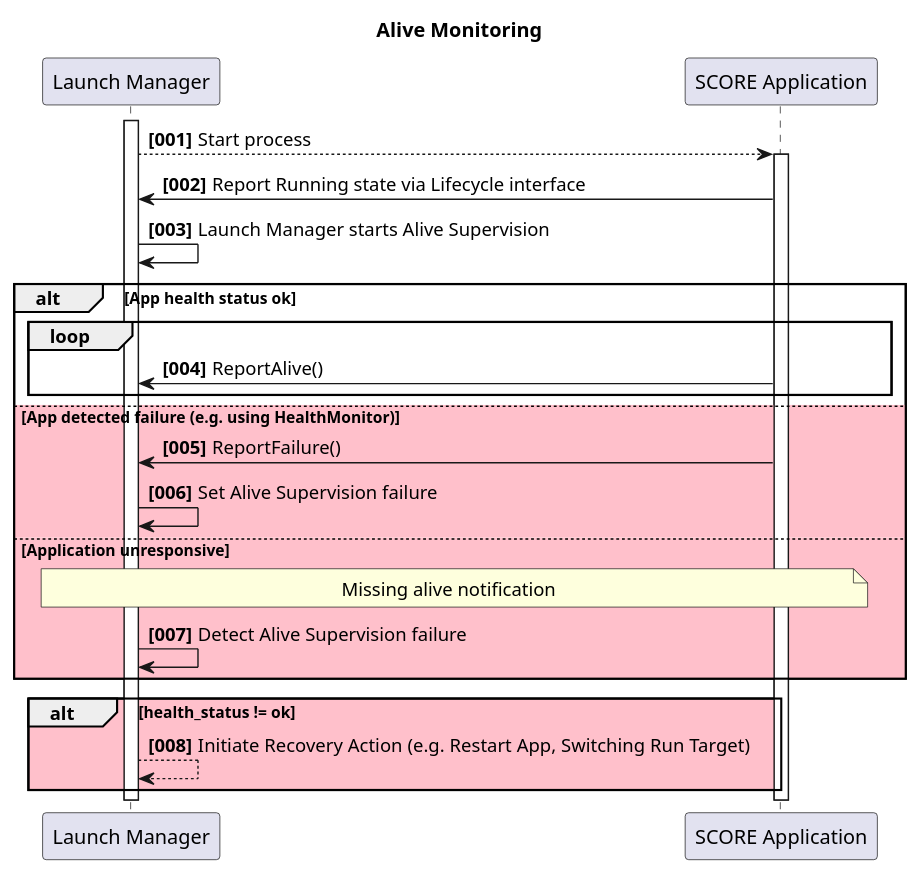
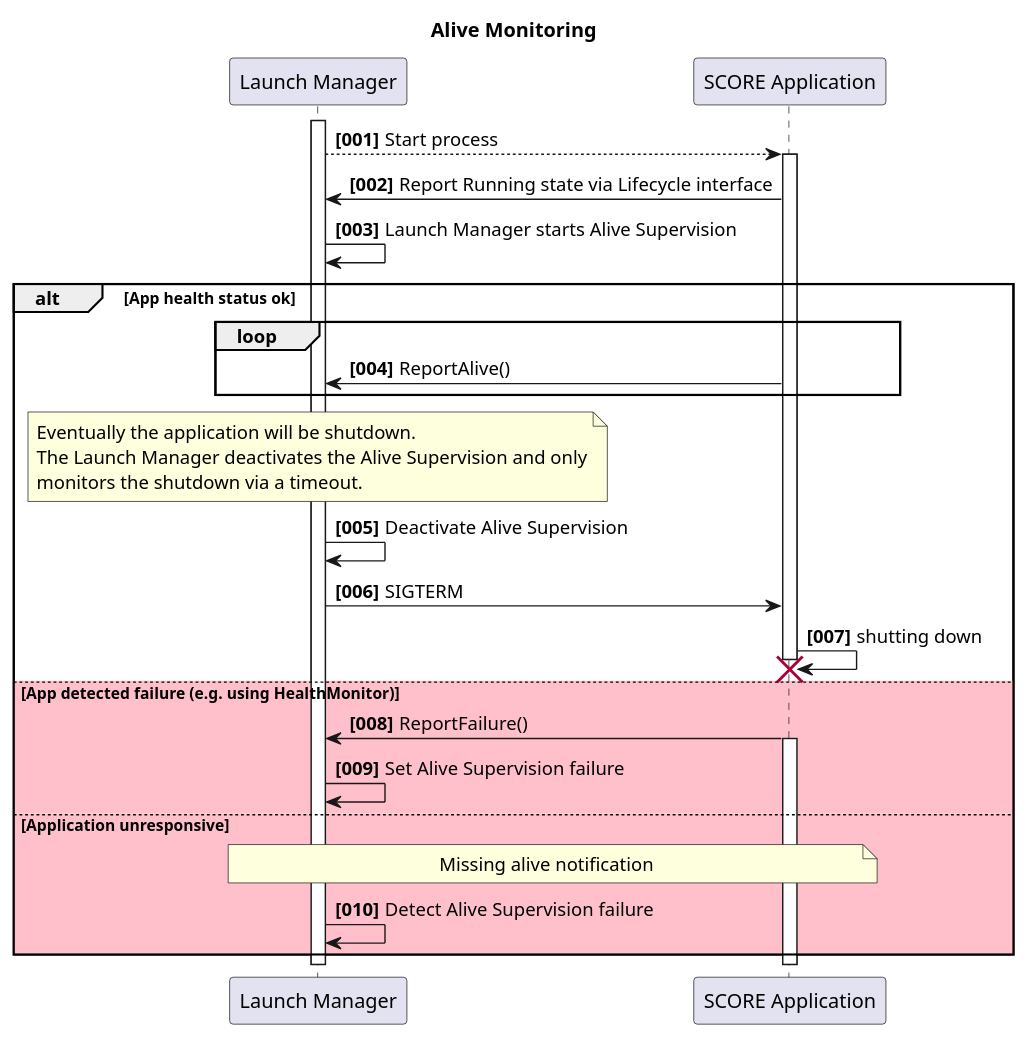
The diagram in docs/features/lifecycle/architecture/_assets/alive_monitoring_start.puml (eclipse-score/lifecycle), drawn with PlantUML before and after one commit. The commit also changed 15 other files, not shown here.

Commit message:
Sequence diagram extensions

```diff
--- a/docs/features/lifecycle/architecture/_assets/alive_monitoring_start.puml
+++ b/docs/features/lifecycle/architecture/_assets/alive_monitoring_start.puml
@@ -14,43 +14,52 @@
 @startuml
 title Alive Monitoring
 
 autonumber "<b>[000]"
 
 participant "Launch Manager" as LM
 participant "SCORE Application" as App
 
 activate LM
 
 LM --> App: Start process
 activate App
 
 App -> LM: Report Running state via Lifecycle interface
 
 LM -> LM: Launch Manager starts Alive Supervision
 
 
 alt App health status ok 
     loop
         App -> LM : ReportAlive()
     end
+
+    note over LM
+    Eventually the application will be shutdown.
+    The Launch Manager deactivates the Alive Supervision and only
+    monitors the shutdown via a timeout.
+    end note
+
+    LM -> LM: Deactivate Alive Supervision
+    LM -> App: SIGTERM
+    App -> App: shutting down
+    destroy App
+
 else #pink App detected failure (e.g. using HealthMonitor)
     App -> LM : ReportFailure()
+    activate App
 
     LM -> LM: Set Alive Supervision failure
 
 else #pink Application unresponsive
     note over LM, App
     Missing alive notification
     end note
 
     LM -> LM: Detect Alive Supervision failure
 end
 
-alt #pink health_status != ok
-    LM --> LM: Initiate Recovery Action (e.g. Restart App, Switching Run Target)
-end
-
 deactivate App
 
 deactivate LM
 @enduml
```
